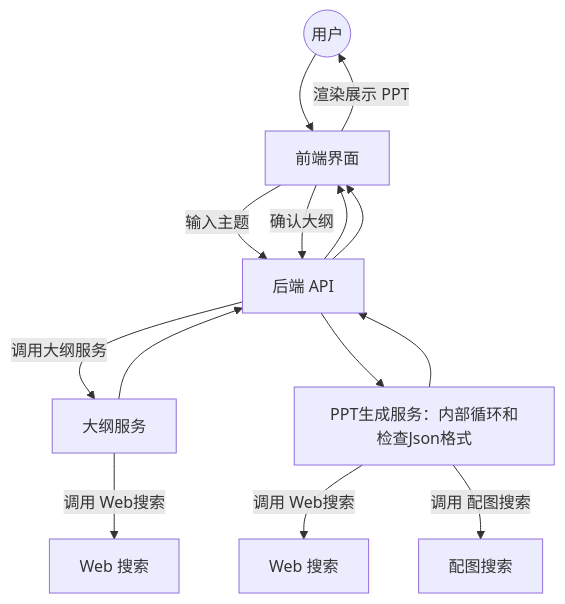
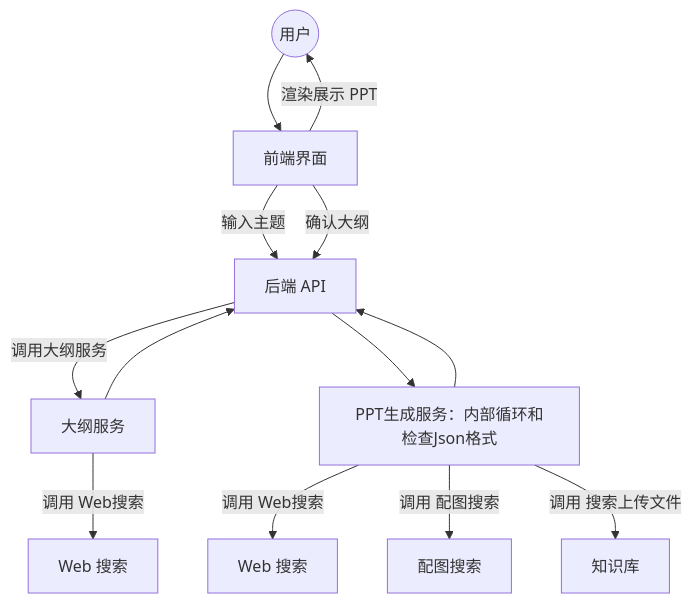
Before and after one commit to johnson7788/TrainPPTAgent: the diagram in README.md, drawn with Mermaid. The commit also changed 10 other files, not shown here.

Commit message:
"模版1-4都添加了图表，否则前端会解析错误"

````diff
--- a/README.md
+++ b/README.md
@@ -162,16 +162,17 @@
 ```mermaid
 flowchart TD
   U((用户)) --> FE[前端界面]
   FE -->|输入主题| API[后端 API]
 
   API -->|调用大纲服务| Outline[大纲服务]
   Outline -->|调用 Web搜索| WebSearch1[Web 搜索]
-  Outline --> API --> FE
+  Outline --> API
 
   FE -->|确认大纲| API --> PPTGen[PPT生成服务：内部循环和检查Json格式]
   PPTGen -->|调用 Web搜索| WebSearch2[Web 搜索]
   PPTGen -->|调用 配图搜索| ImgSearch[配图搜索]
-  PPTGen --> API --> FE
+  PPTGen -->|调用 搜索上传文件| DBSearch[知识库]
+  PPTGen --> API
 
   FE -->|渲染展示 PPT| U
 ```
````
